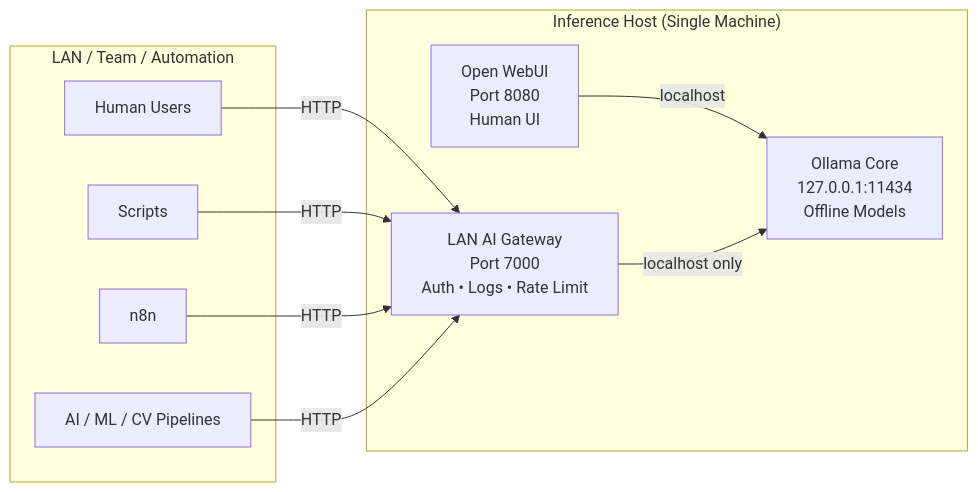
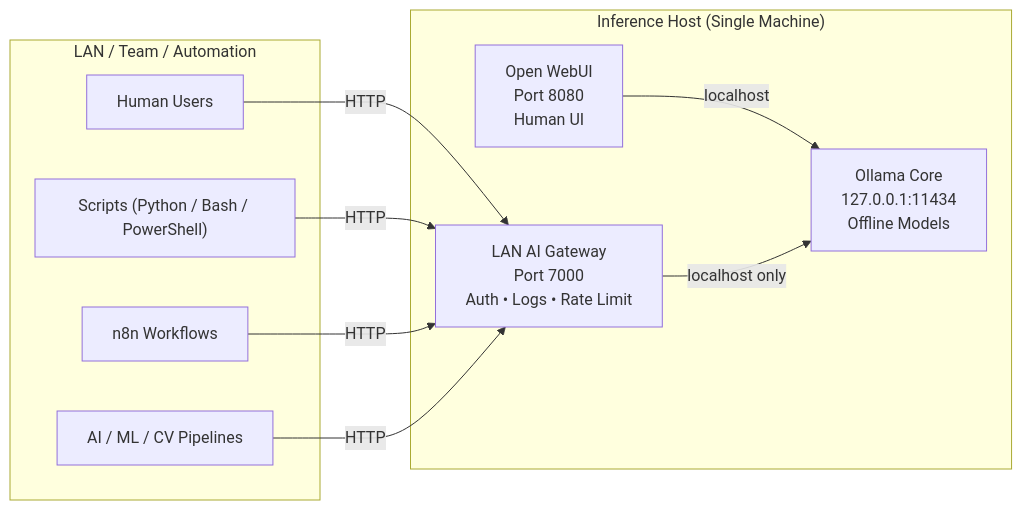
The diagram in README.md (855princekumar/ollama-lan-gateway), drawn with Mermaid before and after one commit. The commit also changed other lines of this file, not shown here.

`````diff
--- a/README.md
+++ b/README.md
@@ -63,23 +77,23 @@
 ```mermaid
 flowchart LR
     subgraph Host["Inference Host (Single Machine)"]
         OLLAMA["Ollama Core\n127.0.0.1:11434\nOffline Models"]
         WEBUI["Open WebUI\nPort 8080\nHuman UI"]
         GATEWAY["LAN AI Gateway\nPort 7000\nAuth • Logs • Rate Limit"]
 
         WEBUI -->|localhost| OLLAMA
         GATEWAY -->|localhost only| OLLAMA
     end
 
     subgraph LAN["LAN / Team / Automation"]
         USERS["Human Users"]
-        SCRIPTS["Scripts"]
-        N8N["n8n"]
+        SCRIPTS["Scripts (Python / Bash / PowerShell)"]
+        N8N["n8n Workflows"]
         PIPE["AI / ML / CV Pipelines"]
     end
 
     USERS -->|HTTP| GATEWAY
     SCRIPTS -->|HTTP| GATEWAY
     N8N -->|HTTP| GATEWAY
     PIPE -->|HTTP| GATEWAY
 ````
`````
